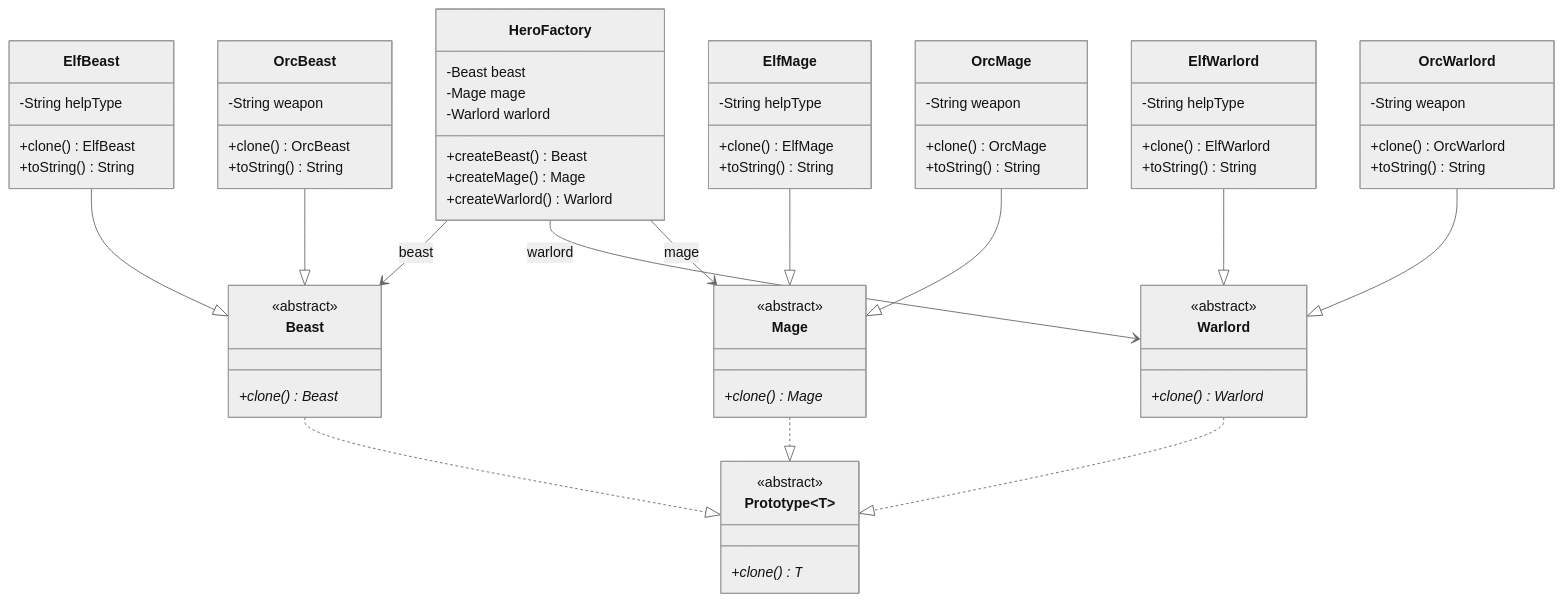
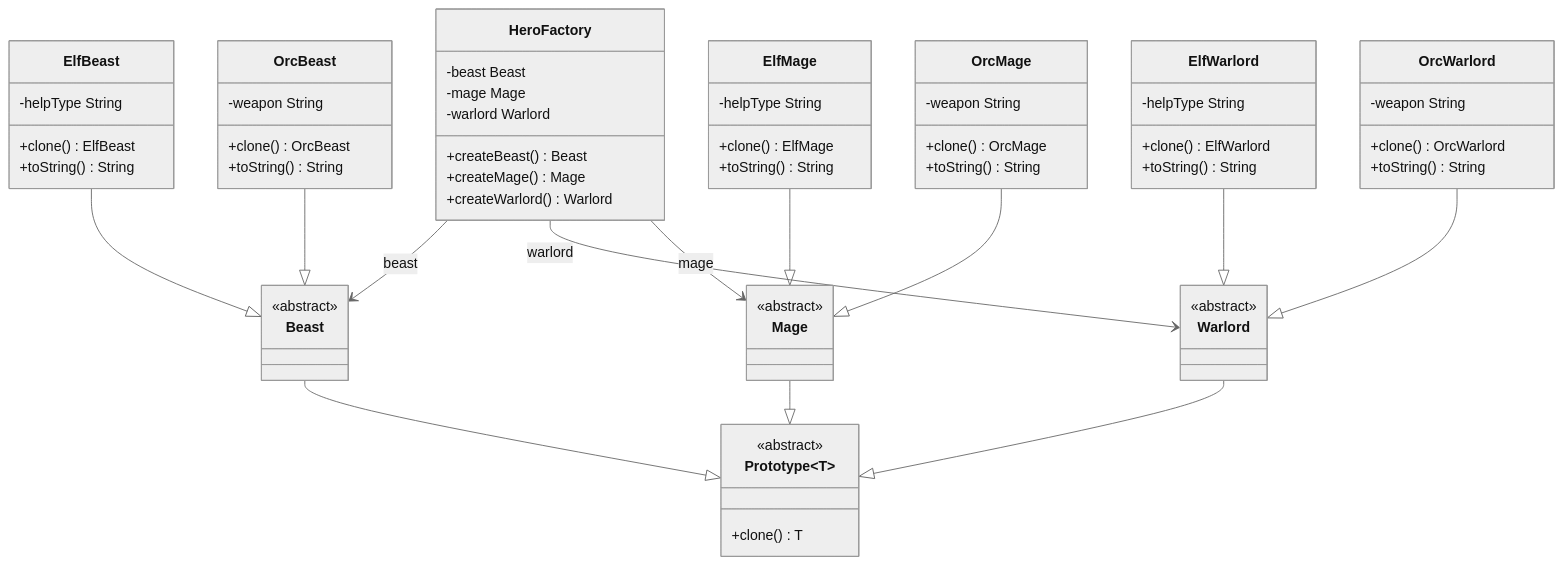
The second of 2 diagrams in prototype/README.md (yonatankarp/kotlin-design-patterns), drawn with Mermaid (neutral theme) before and after one commit. The commit also changed other lines of this file and 13 other files, not shown here.

````diff
--- a/prototype/README.md
+++ b/prototype/README.md
@@ -135,69 +151,66 @@
 ```mermaid
 classDiagram
     class Prototype~T~ {
         <<abstract>>
-        +clone() T*
+        +clone() T
     }
     class Beast {
         <<abstract>>
-        +clone() Beast*
     }
     class Mage {
         <<abstract>>
-        +clone() Mage*
     }
     class Warlord {
         <<abstract>>
-        +clone() Warlord*
     }
     class HeroFactory {
-        -Beast beast
-        -Mage mage
-        -Warlord warlord
+        -beast Beast
+        -mage Mage
+        -warlord Warlord
         +createBeast() Beast
         +createMage() Mage
         +createWarlord() Warlord
     }
     class ElfBeast {
-        -String helpType
+        -helpType String
         +clone() ElfBeast
         +toString() String
     }
     class ElfMage {
-        -String helpType
+        -helpType String
         +clone() ElfMage
         +toString() String
     }
     class ElfWarlord {
-        -String helpType
+        -helpType String
         +clone() ElfWarlord
         +toString() String
     }
     class OrcBeast {
-        -String weapon
+        -weapon String
         +clone() OrcBeast
         +toString() String
     }
     class OrcMage {
-        -String weapon
+        -weapon String
         +clone() OrcMage
         +toString() String
     }
     class OrcWarlord {
-        -String weapon
+        -weapon String
         +clone() OrcWarlord
         +toString() String
     }
     HeroFactory --> Beast : beast
     HeroFactory --> Warlord : warlord
     HeroFactory --> Mage : mage
-    Beast ..|> Prototype~T~
-    Mage ..|> Prototype~T~
-    Warlord ..|> Prototype~T~
+    Beast --|> Prototype~T~
+    Mage --|> Prototype~T~
+    Warlord --|> Prototype~T~
     ElfBeast --|> Beast
     ElfMage --|> Mage
     ElfWarlord --|> Warlord
     OrcBeast --|> Beast
     OrcMage --|> Mage
     OrcWarlord --|> Warlord
 ```
````
